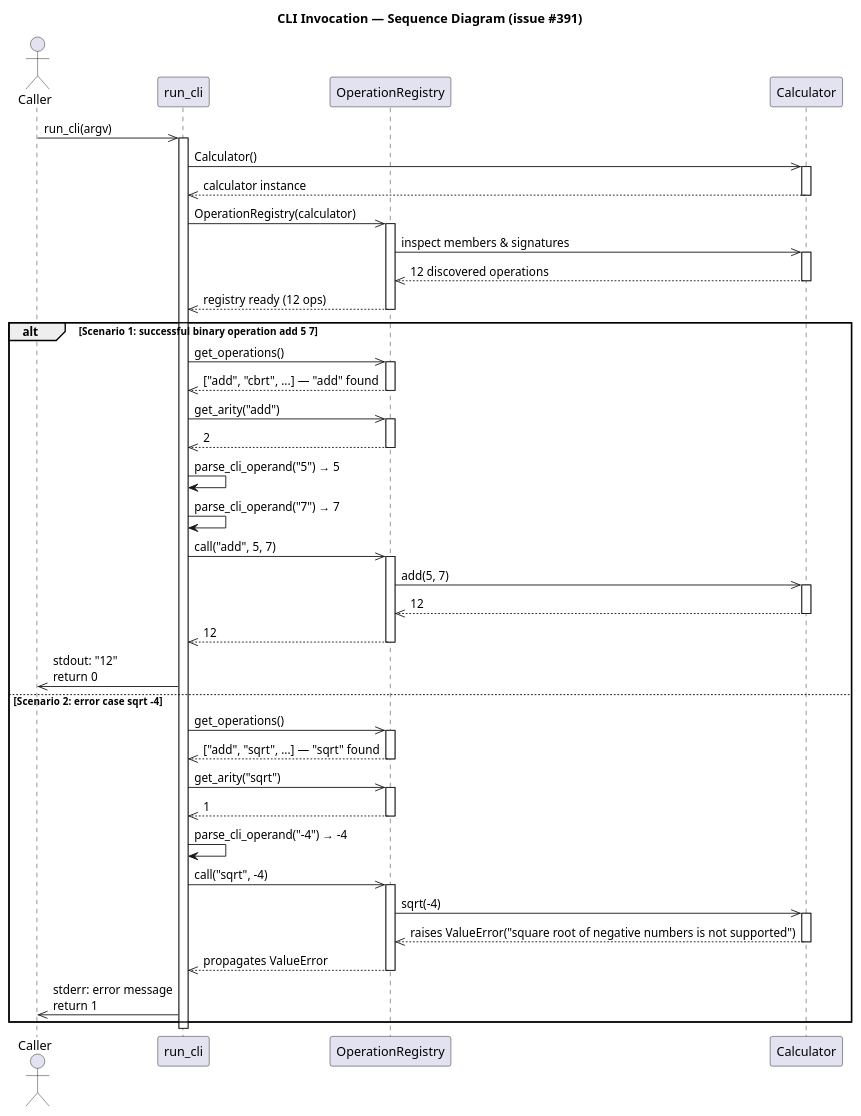
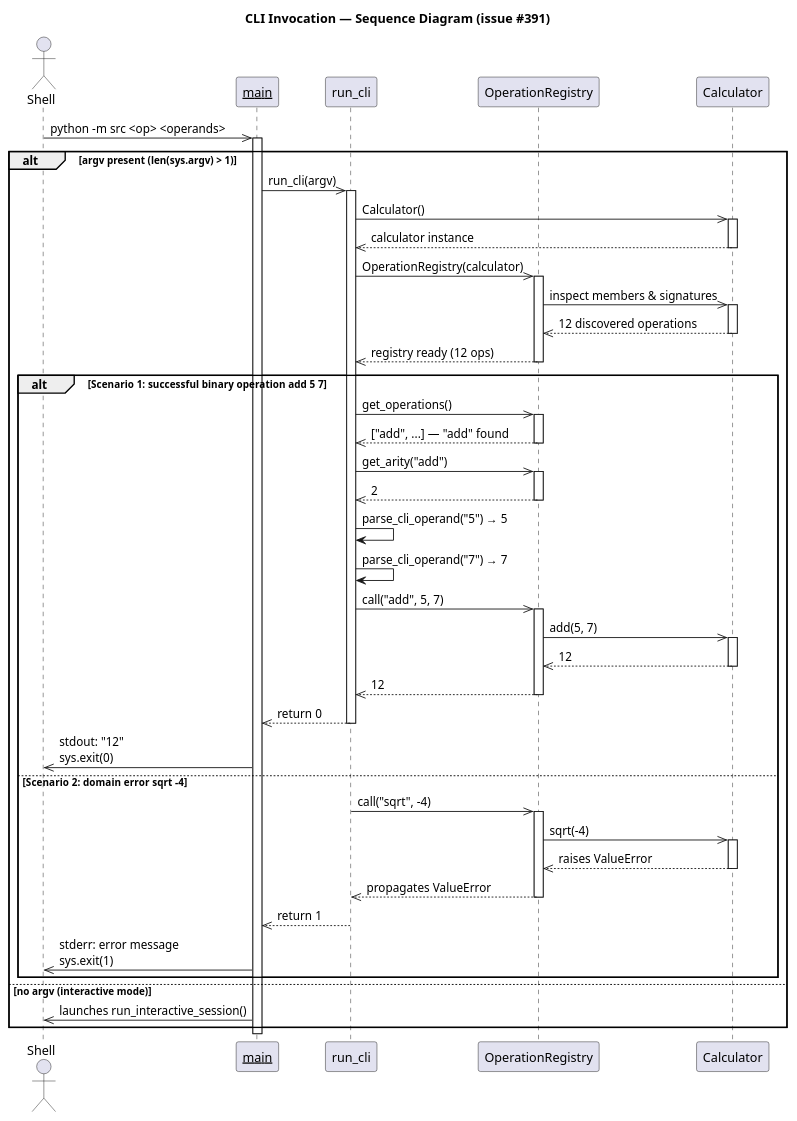
One commit to DanielRiha8906/Calculator_bachelor_autoevolution_team changed the diagram in artifacts/sequence_diagram_cli.puml. Above: the diagram before and after it, drawn with PlantUML. The commit also changed 5 other files, not shown here.

Commit message:
update diagrams for CLI interface (#391)

```diff
--- a/artifacts/sequence_diagram_cli.puml
+++ b/artifacts/sequence_diagram_cli.puml
@@ -1,81 +1,85 @@
 @startuml
 title CLI Invocation — Sequence Diagram (issue #391)
 
-actor Caller
+actor Shell
+participant "__main__" as Main
 participant "run_cli" as CLI
 participant "OperationRegistry" as Registry
 participant "Calculator" as Calc
 
-Caller ->> CLI : run_cli(argv)
-activate CLI
+Shell ->> Main : python -m src <op> <operands>
+activate Main
 
-CLI ->> Calc : Calculator()
-activate Calc
-Calc -->> CLI : calculator instance
-deactivate Calc
+alt argv present (len(sys.argv) > 1)
 
-CLI ->> Registry : OperationRegistry(calculator)
-activate Registry
-Registry ->> Calc : inspect members & signatures
-activate Calc
-Calc -->> Registry : 12 discovered operations
-deactivate Calc
-Registry -->> CLI : registry ready (12 ops)
-deactivate Registry
+  Main ->> CLI : run_cli(argv)
+  activate CLI
 
-alt Scenario 1: successful binary operation  add 5 7
+  CLI ->> Calc : Calculator()
+  activate Calc
+  Calc -->> CLI : calculator instance
+  deactivate Calc
 
-  CLI ->> Registry : get_operations()
+  CLI ->> Registry : OperationRegistry(calculator)
   activate Registry
-  Registry -->> CLI : ["add", "cbrt", ...] — "add" found
+  Registry ->> Calc : inspect members & signatures
+  activate Calc
+  Calc -->> Registry : 12 discovered operations
+  deactivate Calc
+  Registry -->> CLI : registry ready (12 ops)
   deactivate Registry
 
-  CLI ->> Registry : get_arity("add")
-  activate Registry
-  Registry -->> CLI : 2
-  deactivate Registry
+  alt Scenario 1: successful binary operation  add 5 7
 
-  CLI -> CLI : parse_cli_operand("5") → 5
-  CLI -> CLI : parse_cli_operand("7") → 7
+    CLI ->> Registry : get_operations()
+    activate Registry
+    Registry -->> CLI : ["add", ...] — "add" found
+    deactivate Registry
 
-  CLI ->> Registry : call("add", 5, 7)
-  activate Registry
-  Registry ->> Calc : add(5, 7)
-  activate Calc
-  Calc -->> Registry : 12
-  deactivate Calc
-  Registry -->> CLI : 12
-  deactivate Registry
+    CLI ->> Registry : get_arity("add")
+    activate Registry
+    Registry -->> CLI : 2
+    deactivate Registry
 
-  CLI ->> Caller : stdout: "12"\nreturn 0
+    CLI -> CLI : parse_cli_operand("5") → 5
+    CLI -> CLI : parse_cli_operand("7") → 7
 
-else Scenario 2: error case  sqrt -4
+    CLI ->> Registry : call("add", 5, 7)
+    activate Registry
+    Registry ->> Calc : add(5, 7)
+    activate Calc
+    Calc -->> Registry : 12
+    deactivate Calc
+    Registry -->> CLI : 12
+    deactivate Registry
 
-  CLI ->> Registry : get_operations()
-  activate Registry
-  Registry -->> CLI : ["add", "sqrt", ...] — "sqrt" found
-  deactivate Registry
+    CLI -->> Main : return 0
+    deactivate CLI
+    Main ->> Shell : stdout: "12"\nsys.exit(0)
 
-  CLI ->> Registry : get_arity("sqrt")
-  activate Registry
-  Registry -->> CLI : 1
-  deactivate Registry
+  else Scenario 2: domain error  sqrt -4
 
-  CLI -> CLI : parse_cli_operand("-4") → -4
+    CLI ->> Registry : call("sqrt", -4)
+    activate Registry
+    Registry ->> Calc : sqrt(-4)
+    activate Calc
+    Calc -->> Registry : raises ValueError
+    deactivate Calc
+    Registry -->> CLI : propagates ValueError
+    deactivate Registry
 
-  CLI ->> Registry : call("sqrt", -4)
-  activate Registry
-  Registry ->> Calc : sqrt(-4)
-  activate Calc
-  Calc -->> Registry : raises ValueError("square root of negative numbers is not supported")
-  deactivate Calc
-  Registry -->> CLI : propagates ValueError
-  deactivate Registry
+    CLI -->> Main : return 1
+    deactivate CLI
+    Main ->> Shell : stderr: error message\nsys.exit(1)
 
-  CLI ->> Caller : stderr: error message\nreturn 1
+  end
+
+else no argv (interactive mode)
+
+  Main ->> Shell : launches run_interactive_session()
 
 end
 
-deactivate CLI
+deactivate Main
 
 @enduml
```
